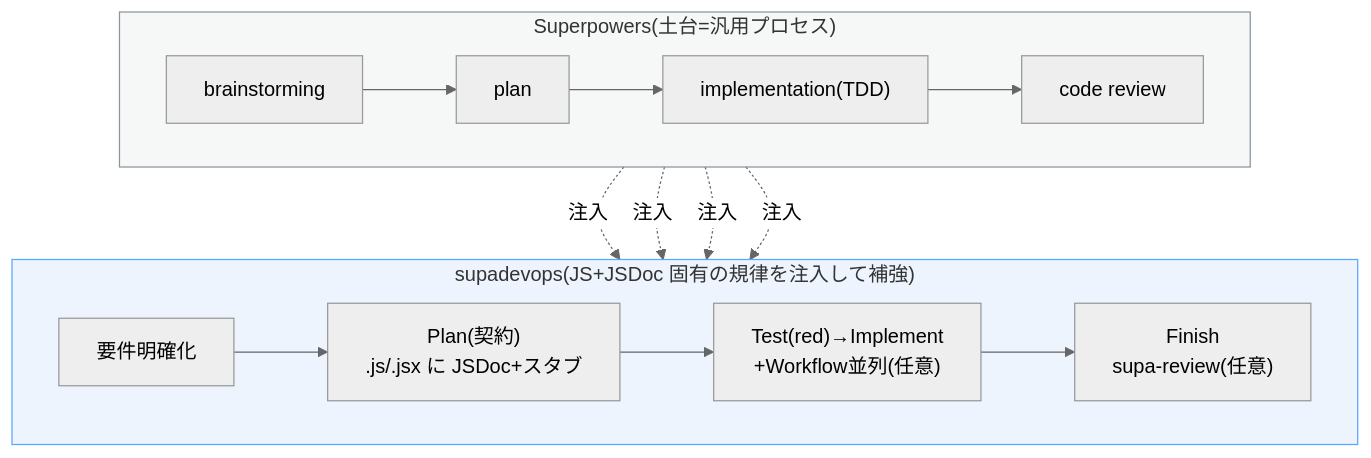
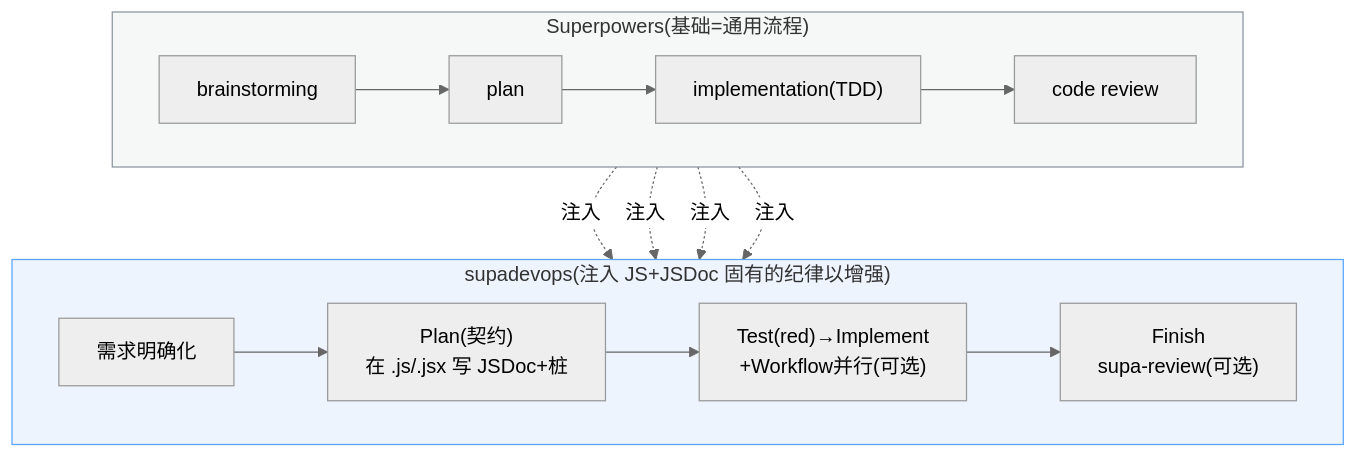
The fourth of 7 diagrams in README.md (magcen-zone/supadevops), drawn with Mermaid (neutral theme) before and after one commit. The commit also changed other lines of this file and 11 other files, not shown here.

````diff
--- a/README.md
+++ b/README.md
@@ -482,18 +482,18 @@
 ```mermaid
 flowchart TB
-    subgraph SP["Superpowers(土台=汎用プロセス)"]
+    subgraph SP["Superpowers(基础=通用流程)"]
       direction LR
       B["brainstorming"] --> PL["plan"] --> IMP["implementation(TDD)"] --> CR["code review"]
     end
-    subgraph SUPA["supadevops(JS+JSDoc 固有の規律を注入して補強)"]
+    subgraph SUPA["supadevops(注入 JS+JSDoc 固有的纪律以增强)"]
       direction LR
-      J0["要件明確化"] --> J1["Plan(契約)<br/>.js/.jsx に JSDoc+スタブ"] --> J23["Test(red)→Implement<br/>+Workflow並列(任意)"] --> J5["Finish<br/>supa-review(任意)"]
+      J0["需求明确化"] --> J1["Plan(契约)<br/>在 .js/.jsx 写 JSDoc+桩"] --> J23["Test(red)→Implement<br/>+Workflow并行(可选)"] --> J5["Finish<br/>supa-review(可选)"]
     end
     B -.->|注入| J0
     PL -.->|注入| J1
     IMP -.->|注入| J23
     CR -.->|注入| J5
 
     style SP fill:#8b949e14,stroke:#8b949e,stroke-width:1px;
     style SUPA fill:#1f6feb14,stroke:#58a6ff,stroke-width:1px;
 ```
````
